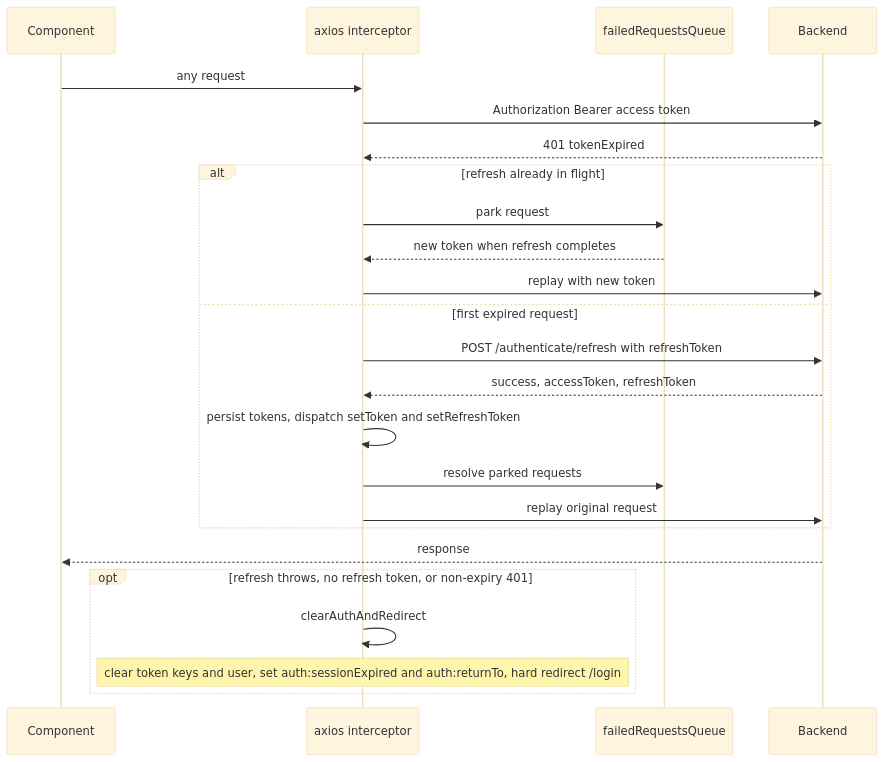
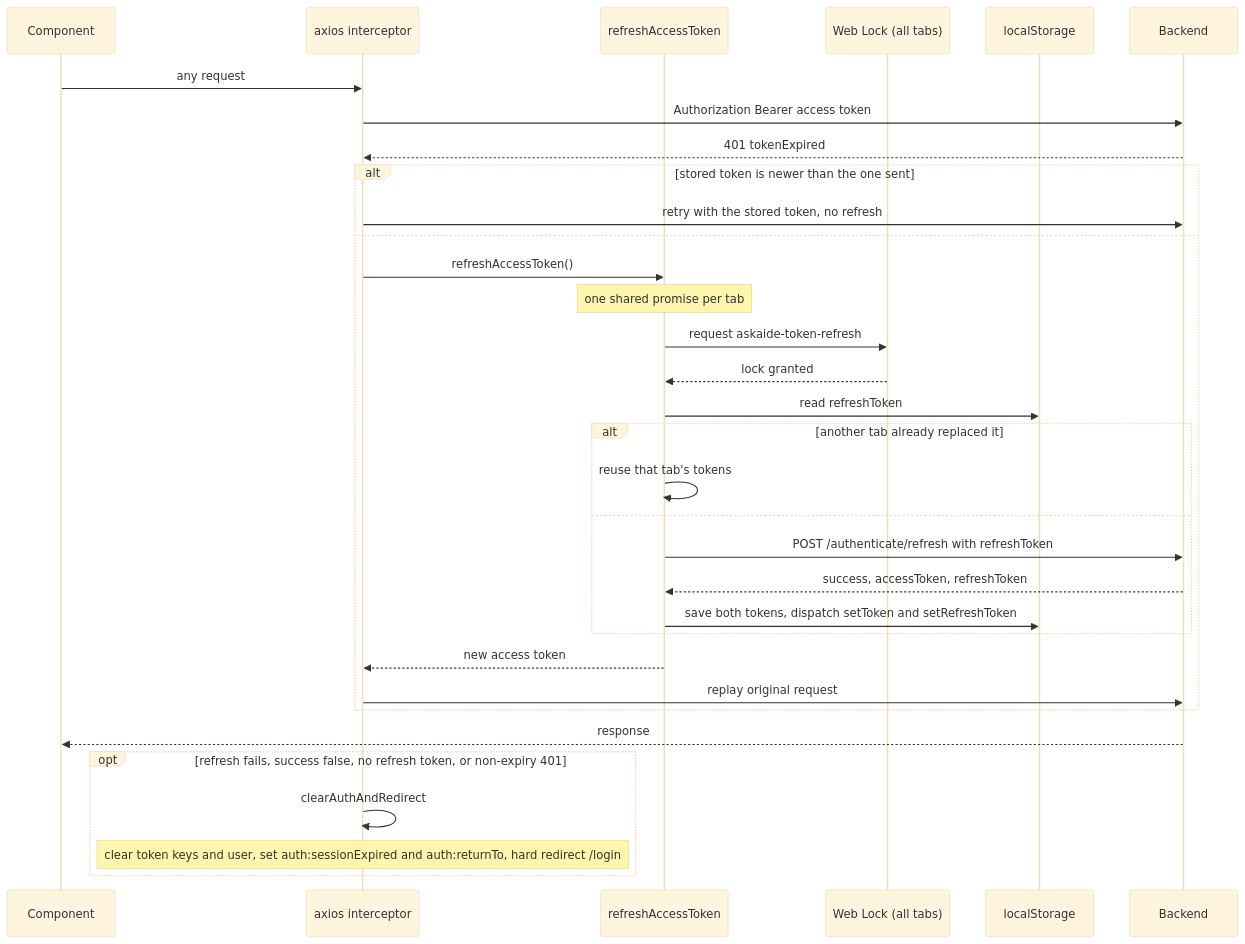
Before and after one commit to AskAide-AI/docs: the seventh of 14 diagrams in docs/frontend/lld.md, drawn with Mermaid (base theme). The commit also changed other lines of this file and 46 other files, not shown here.

````diff
--- a/docs/frontend/lld.md
+++ b/docs/frontend/lld.md
@@ -507,26 +547,35 @@
 ```mermaid
 sequenceDiagram
   participant C as Component
   participant AX as axios interceptor
-  participant Q as failedRequestsQueue
+  participant RT as refreshAccessToken
+  participant WL as Web Lock (all tabs)
+  participant LS as localStorage
   participant BE as Backend
   C->>AX: any request
   AX->>BE: Authorization Bearer access token
   BE-->>AX: 401 tokenExpired
-  alt refresh already in flight
-    AX->>Q: park request
-    Q-->>AX: new token when refresh completes
-    AX->>BE: replay with new token
-  else first expired request
-    AX->>BE: POST /authenticate/refresh with refreshToken
-    BE-->>AX: success, accessToken, refreshToken
-    AX->>AX: persist tokens, dispatch setToken and setRefreshToken
-    AX->>Q: resolve parked requests
+  alt stored token is newer than the one sent
+    AX->>BE: retry with the stored token, no refresh
+  else
+    AX->>RT: refreshAccessToken()
+    Note over RT: one shared promise per tab
+    RT->>WL: request askaide-token-refresh
+    WL-->>RT: lock granted
+    RT->>LS: read refreshToken
+    alt another tab already replaced it
+      RT->>RT: reuse that tab's tokens
+    else
+      RT->>BE: POST /authenticate/refresh with refreshToken
+      BE-->>RT: success, accessToken, refreshToken
+      RT->>LS: save both tokens, dispatch setToken and setRefreshToken
+    end
+    RT-->>AX: new access token
     AX->>BE: replay original request
   end
   BE-->>C: response
-  opt refresh throws, no refresh token, or non-expiry 401
+  opt refresh fails, success false, no refresh token, or non-expiry 401
     AX->>AX: clearAuthAndRedirect
     Note over AX: clear token keys and user, set auth:sessionExpired and auth:returnTo, hard redirect /login
   end
 ```
````
